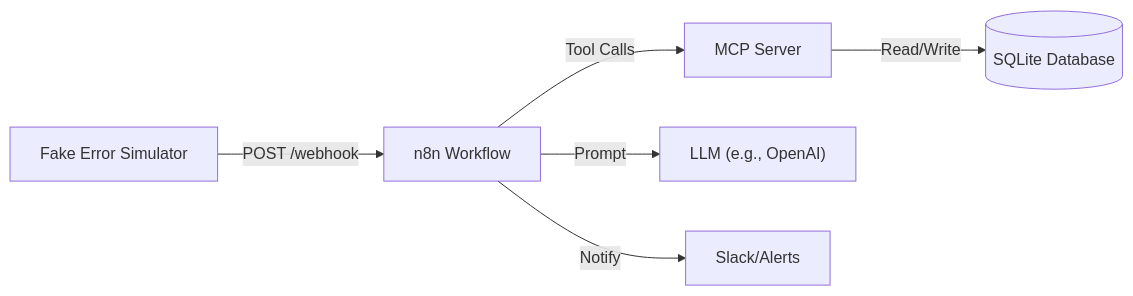
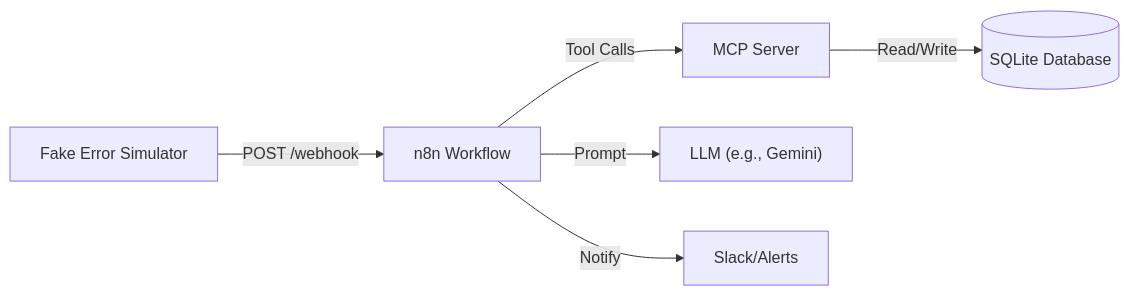
Before and after one commit to Aymen-BSL/devops-incident-agent: the diagram in README.md, drawn with Mermaid.

Commit message:
Update README to reference Gemini as the LLM

````diff
--- a/README.md
+++ b/README.md
@@ -17,8 +17,8 @@
 ```mermaid
 graph LR
     Sim[Fake Error Simulator] -- POST /webhook --> n8n[n8n Workflow]
     n8n -- Tool Calls --> MCP[MCP Server]
     MCP -- Read/Write --> DB[(SQLite Database)]
-    n8n -- Prompt --> LLM["LLM (e.g., OpenAI)"]
+    n8n -- Prompt --> LLM["LLM (e.g., Gemini)"]
     n8n -- Notify --> Slack[Slack/Alerts]
 ```
````
